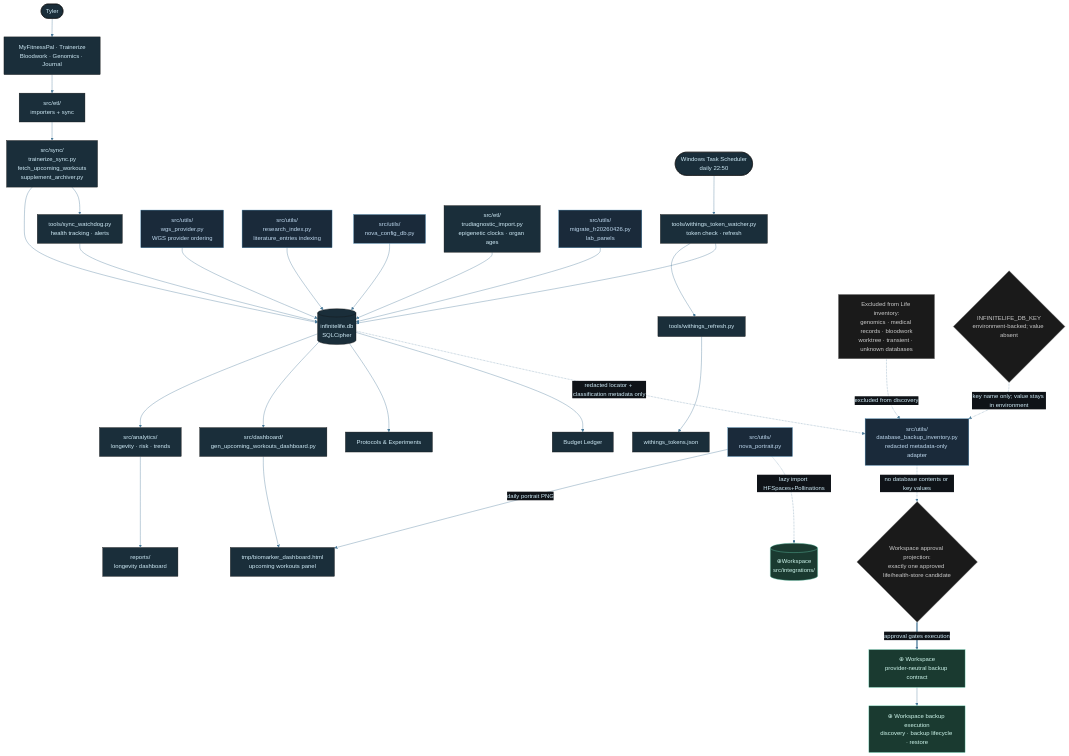
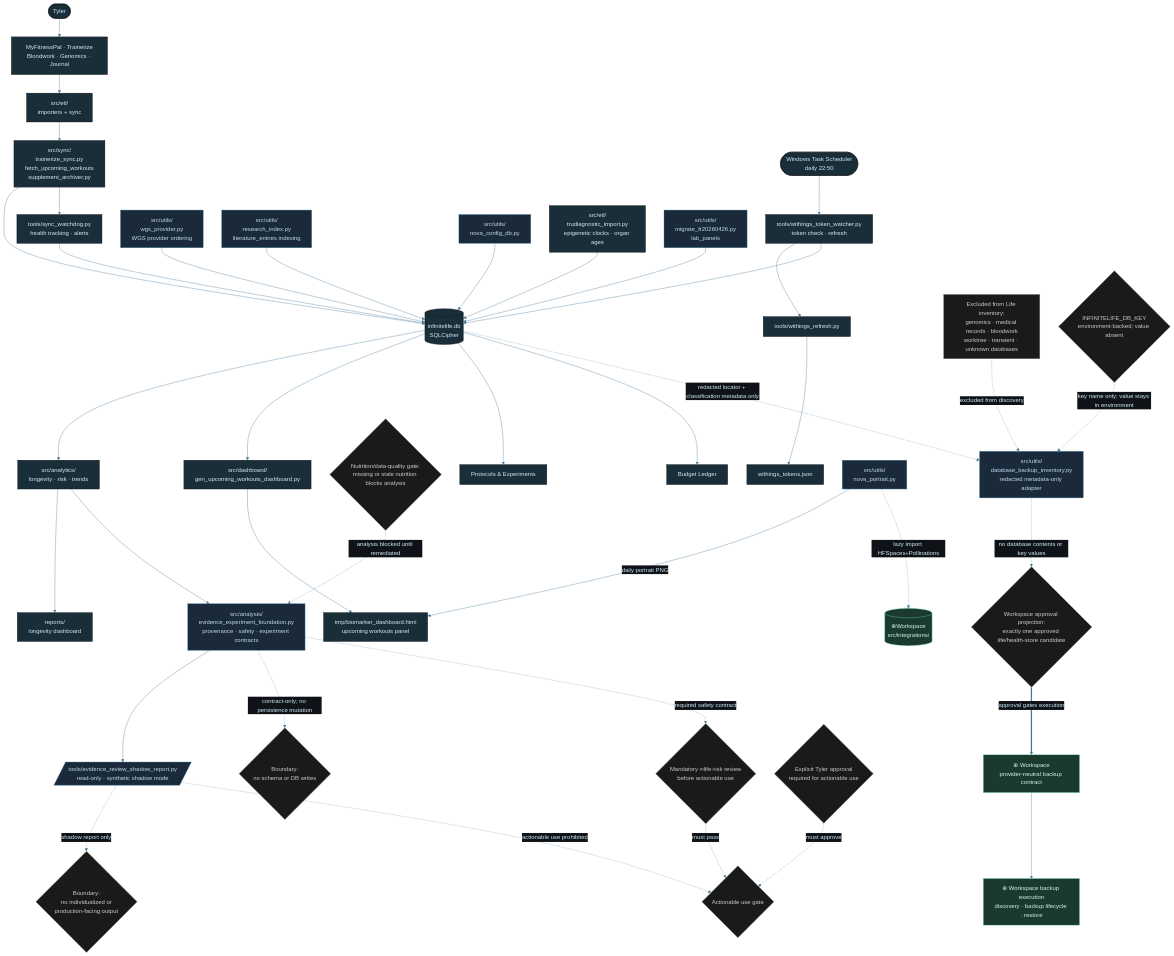
Before and after one commit to tylerdrakemusic/-Workspace: the diagram in diagrams/life-architecture.mmd, drawn with Mermaid. The commit also changed 7 other files, not shown here.

```diff
--- a/diagrams/life-architecture.mmd
+++ b/diagrams/life-architecture.mmd
@@ -1,61 +1,78 @@
 %%{init: {'theme': 'base', 'themeVariables': {'primaryColor': '#1a2e3a', 'primaryTextColor': '#d0ecf8', 'edgeLabelBackground': '#0f1318', 'lineColor': '#4a7a9a'}}}%%
 graph TB
     Tyler([Tyler]) --> Inputs[MyFitnessPal · Trainerize<br/>Bloodwork · Genomics · Journal]
     Inputs --> ETL[src/etl/<br/>importers + sync]
     ETL --> Sync[src/sync/<br/>trainerize_sync.py<br/>fetch_upcoming_workouts<br/>supplement_archiver.py]
     Sync --> DB[(infinitelife.db<br/>SQLCipher)]
     Sync --> Watchdog[tools/sync_watchdog.py<br/>health tracking · alerts]
     Watchdog --> DB
     Scheduler([Windows Task Scheduler<br/>daily 22:50]) --> WithingsWatcher
     WithingsWatcher[tools/withings_token_watcher.py<br/>token check · refresh] --> WithingsRefresh[tools/withings_refresh.py]
     WithingsWatcher --> DB
     WithingsRefresh --> TokenFile[withings_tokens.json]
     DB --> Analytics[src/analytics/<br/>longevity · risk · trends]
     Analytics --> Reports[reports/<br/>longevity dashboard]
+    EvidenceFoundation[src/analysis/<br/>evidence_experiment_foundation.py<br/>provenance · safety · experiment contracts]
+    ShadowReport[/tools/evidence_review_shadow_report.py<br/>read-only · synthetic shadow mode/]
+    NoSchemaWrites{Boundary:<br/>no schema or DB writes}
+    NoIndividualizedOutput{Boundary:<br/>no individualized or<br/>production-facing output}
+    NutritionGate{Nutrition/data-quality gate:<br/>missing or stale nutrition blocks analysis}
+    LifeRiskReview{Mandatory ∞life-risk review<br/>before actionable use}
+    TylerActionApproval{Explicit Tyler approval<br/>required for actionable use}
+    ActionableUse{Actionable use gate}
+    Analytics --> EvidenceFoundation
+    EvidenceFoundation --> ShadowReport
+    EvidenceFoundation -.->|contract-only; no persistence mutation| NoSchemaWrites
+    ShadowReport -.->|shadow report only| NoIndividualizedOutput
+    NutritionGate -.->|analysis blocked until remediated| EvidenceFoundation
+    EvidenceFoundation -.->|required safety contract| LifeRiskReview
+    LifeRiskReview -.->|must pass| ActionableUse
+    TylerActionApproval -.->|must approve| ActionableUse
+    ShadowReport -.->|actionable use prohibited| ActionableUse
     DB --> Dashboard[src/dashboard/<br/>gen_upcoming_workouts_dashboard.py]
     Dashboard --> Output[tmp/biomarker_dashboard.html<br/>upcoming workouts panel]
     DB --> Protocols[Protocols & Experiments]
     DB --> Budget[Budget Ledger]
     NovaPortrait[src/utils/<br/>nova_portrait.py]
     WGSProvider[src/utils/<br/>wgs_provider.py<br/>WGS provider ordering]
     ResearchIndex[src/utils/<br/>research_index.py<br/>literature_entries indexing]
     NovaConfigDB[src/utils/<br/>nova_config_db.py]
     TruDx[src/etl/<br/>trudiagnostic_import.py<br/>epigenetic clocks · organ ages]
     MigrateFR[src/utils/<br/>migrate_fr20260426.py<br/>lab_panels]
     WSIntegrations[(⊕Workspace<br/>src/integrations/)]
     LifeInventoryAdapter[src/utils/<br/>database_backup_inventory.py<br/>redacted metadata-only adapter]
     LifeApprovalProjection{Workspace approval projection:<br/>exactly one approved life/health-store candidate}
     WSBackupContract[⊕ Workspace<br/>provider-neutral backup contract]
     WSBackupExecution[⊕ Workspace backup execution<br/>discovery · backup lifecycle · restore]
     LifeBackupExclusions[Excluded from Life inventory:<br/>genomics · medical records · bloodwork<br/>worktree · transient · unknown databases]
     KeyCustody{INFINITELIFE_DB_KEY<br/>environment-backed; value absent}
     NovaPortrait -->|daily portrait PNG| Output
     NovaPortrait -.->|lazy import HFSpaces+Pollinations| WSIntegrations
     WGSProvider --> DB
     ResearchIndex --> DB
     NovaConfigDB --> DB
     TruDx --> DB
     MigrateFR --> DB
     class Inputs,Reports,Scheduler,TokenFile io
     class ETL,DB,Analytics,Protocols,Budget,Watchdog,WithingsWatcher,WithingsRefresh,TruDx core
-    class NovaPortrait,WGSProvider,ResearchIndex,NovaConfigDB,MigrateFR,LifeInventoryAdapter util
+    class NovaPortrait,WGSProvider,ResearchIndex,NovaConfigDB,MigrateFR,LifeInventoryAdapter,EvidenceFoundation,ShadowReport util
     class WSIntegrations,WSBackupContract,WSBackupExecution ws
-    class LifeApprovalProjection,LifeBackupExclusions,KeyCustody state
+    class LifeApprovalProjection,LifeBackupExclusions,KeyCustody,NoSchemaWrites,NoIndividualizedOutput,NutritionGate,LifeRiskReview,TylerActionApproval,ActionableUse state
 
     DB -.->|redacted locator + classification metadata only| LifeInventoryAdapter
     LifeInventoryAdapter -.->|no database contents or key values| LifeApprovalProjection
     LifeBackupExclusions -.->|excluded from discovery| LifeInventoryAdapter
     KeyCustody -.->|key name only; value stays in environment| LifeInventoryAdapter
     LifeApprovalProjection ==>|approval gates execution| WSBackupContract
     WSBackupContract --> WSBackupExecution
 
 classDef life     fill:#1a2e3a,stroke:#6ab4d4,color:#d0ecf8
 classDef music    fill:#3a1a24,stroke:#d47a8f,color:#f8d0dc
 classDef quantum  fill:#251a3a,stroke:#a07adf,color:#e8d0f8
 classDef manifest fill:#3a2e1a,stroke:#d4a96a,color:#f8ead0
 classDef ws       fill:#1a3a30,stroke:#6ad4b4,color:#d0f8ee
 classDef tyler    fill:#2a1a3a,stroke:#9e4aff,color:#fff
 classDef ext      fill:#3a2020,stroke:#ff7a7a,color:#ffd0d0
 classDef db       fill:#3a3010,stroke:#d4c050,color:#f8f0c0
 classDef state    fill:#1a1a1a,stroke:#888888,color:#cccccc
 classDef util     fill:#1a2a3a,stroke:#4a8ab4,color:#c0daf0
```
